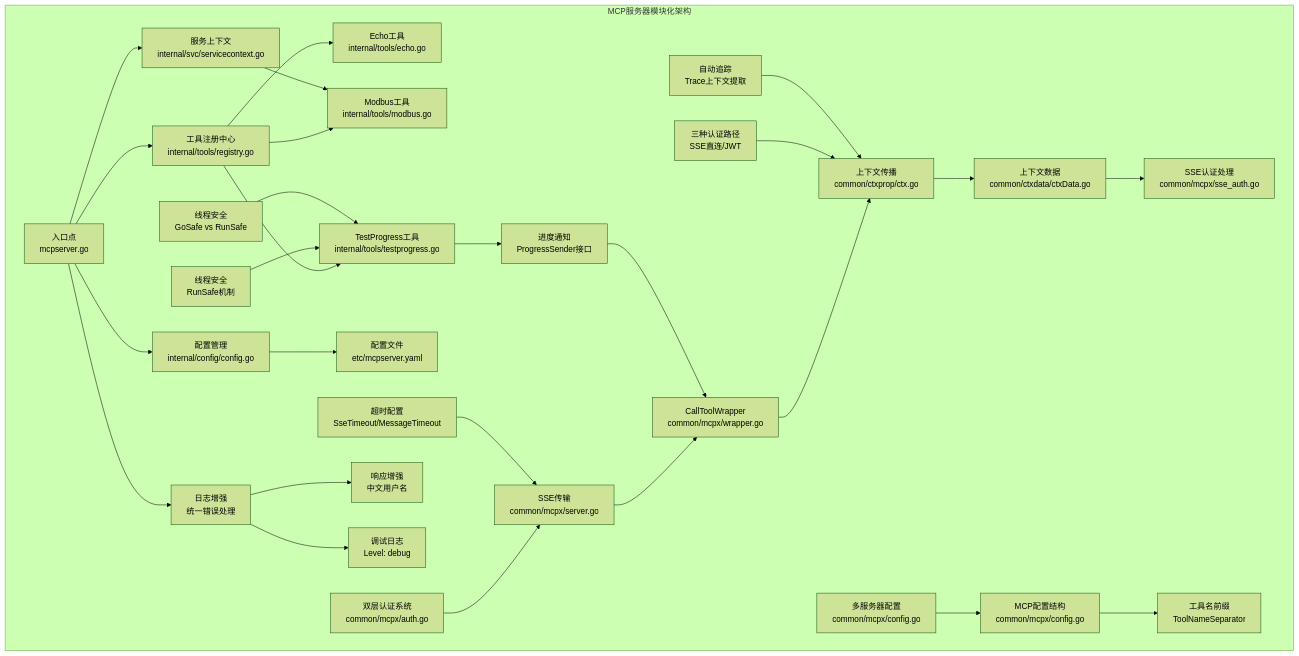
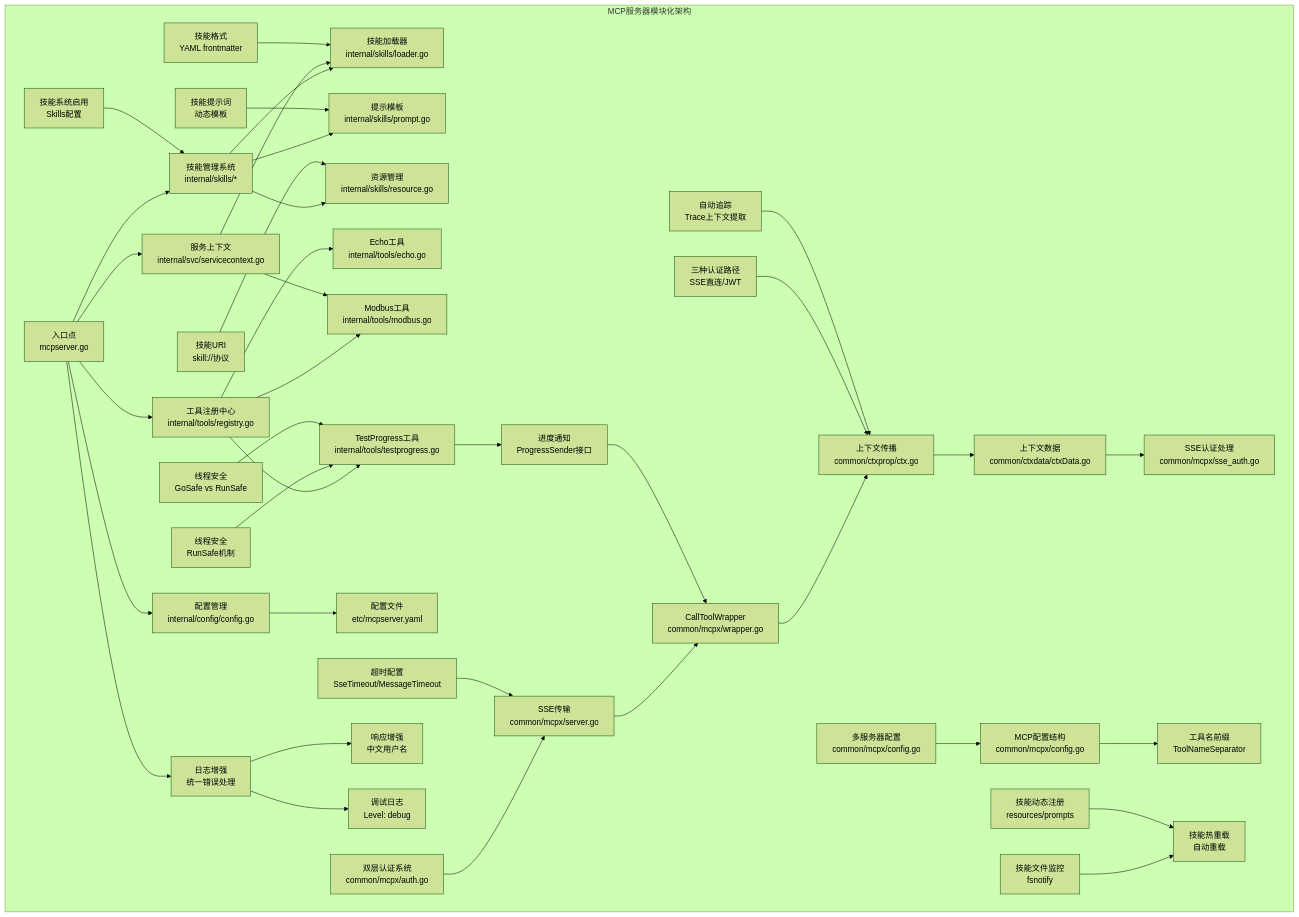
The first of 21 diagrams in .qoder/repowiki/zh/content/AI应用模块/MCP服务器.md (maomao94/zero-service), drawn with Mermaid (forest theme) before and after one commit. The commit also changed other lines of this file and 48 other files, not shown here.

````diff
--- a/.qoder/repowiki/zh/content/AI应用模块/MCP服务器.md
+++ b/.qoder/repowiki/zh/content/AI应用模块/MCP服务器.md
@@ -146,56 +173,78 @@
 ```mermaid
 graph TB
 subgraph "MCP服务器模块化架构"
 CFG["配置管理<br/>internal/config/config.go"]
 CTX["服务上下文<br/>internal/svc/servicecontext.go"]
+SKILLS["技能管理系统<br/>internal/skills/*"]
+LOADER["技能加载器<br/>internal/skills/loader.go"]
+PROMPT["提示模板<br/>internal/skills/prompt.go"]
+RESOURCE["资源管理<br/>internal/skills/resource.go"]
 REG["工具注册中心<br/>internal/tools/registry.go"]
 ECHO["Echo工具<br/>internal/tools/echo.go"]
 MODBUS["Modbus工具<br/>internal/tools/modbus.go"]
 TESTPROGRESS["TestProgress工具<br/>internal/tools/testprogress.go"]
 ENTRY["入口点<br/>mcpserver.go"]
 CONF["配置文件<br/>etc/mcpserver.yaml"]
 AUTH["双层认证系统<br/>common/mcpx/auth.go"]
 SSE["SSE传输<br/>common/mcpx/server.go"]
 WRAPPER["CallToolWrapper<br/>common/mcpx/wrapper.go"]
 CTXPROP["上下文传播<br/>common/ctxprop/ctx.go"]
 CTXDATA["上下文数据<br/>common/ctxdata/ctxData.go"]
 SSEAUTH["SSE认证处理<br/>common/mcpx/sse_auth.go"]
 MSERVER["多服务器配置<br/>common/mcpx/config.go"]
 MCPCFG["MCP配置结构<br/>common/mcpx/config.go"]
 ENDPOINT["工具名前缀<br/>ToolNameSeparator"]
 LOGENHANCE["日志增强<br/>统一错误处理"]
 RESPONSE["响应增强<br/>中文用户名"]
 DEBUGLOG["调试日志<br/>Level: debug"]
 PROGRESS["进度通知<br/>ProgressSender接口"]
 TIMEOUT["超时配置<br/>SseTimeout/MessageTimeout"]
 THREEPATHS["三种认证路径<br/>SSE直连/JWT"]
 AUTOTRACE["自动追踪<br/>Trace上下文提取"]
 RUNSAFE["线程安全<br/>RunSafe机制"]
 THREADSAFE["线程安全<br/>GoSafe vs RunSafe"]
+SKILLENABLED["技能系统启用<br/>Skills配置"]
+SKILLCHECK["技能文件监控<br/>fsnotify"]
+SKILLREGISTER["技能动态注册<br/>resources/prompts"]
+SKILLHOTRELOAD["技能热重载<br/>自动重载"]
+SKILLFORMAT["技能格式<br/>YAML frontmatter"]
+SKILLURI["技能URI<br/>skill://协议"]
+SKILLPROMPT["技能提示词<br/>动态模板"]
 end
 ENTRY --> CFG
 ENTRY --> CTX
+ENTRY --> SKILLS
 ENTRY --> REG
+SKILLS --> LOADER
+SKILLS --> PROMPT
+SKILLS --> RESOURCE
 REG --> ECHO
 REG --> MODBUS
 REG --> TESTPROGRESS
 CTX --> MODBUS
+CTX --> LOADER
 CFG --> CONF
 AUTH --> SSE
 SSE --> WRAPPER
 WRAPPER --> CTXPROP
 CTXPROP --> CTXDATA
 CTXDATA --> SSEAUTH
 ENTRY --> LOGENHANCE
 LOGENHANCE --> RESPONSE
 LOGENHANCE --> DEBUGLOG
 MSERVER --> MCPCFG
 MCPCFG --> ENDPOINT
 TESTPROGRESS --> PROGRESS
 PROGRESS --> WRAPPER
 TIMEOUT --> SSE
 THREEPATHS --> CTXPROP
 AUTOTRACE --> CTXPROP
 RUNSAFE --> TESTPROGRESS
 THREADSAFE --> TESTPROGRESS
+SKILLENABLED --> SKILLS
+SKILLCHECK --> SKILLHOTRELOAD
+SKILLREGISTER --> SKILLHOTRELOAD
+SKILLFORMAT --> LOADER
+SKILLURI --> RESOURCE
+SKILLPROMPT --> PROMPT
 ```
````
